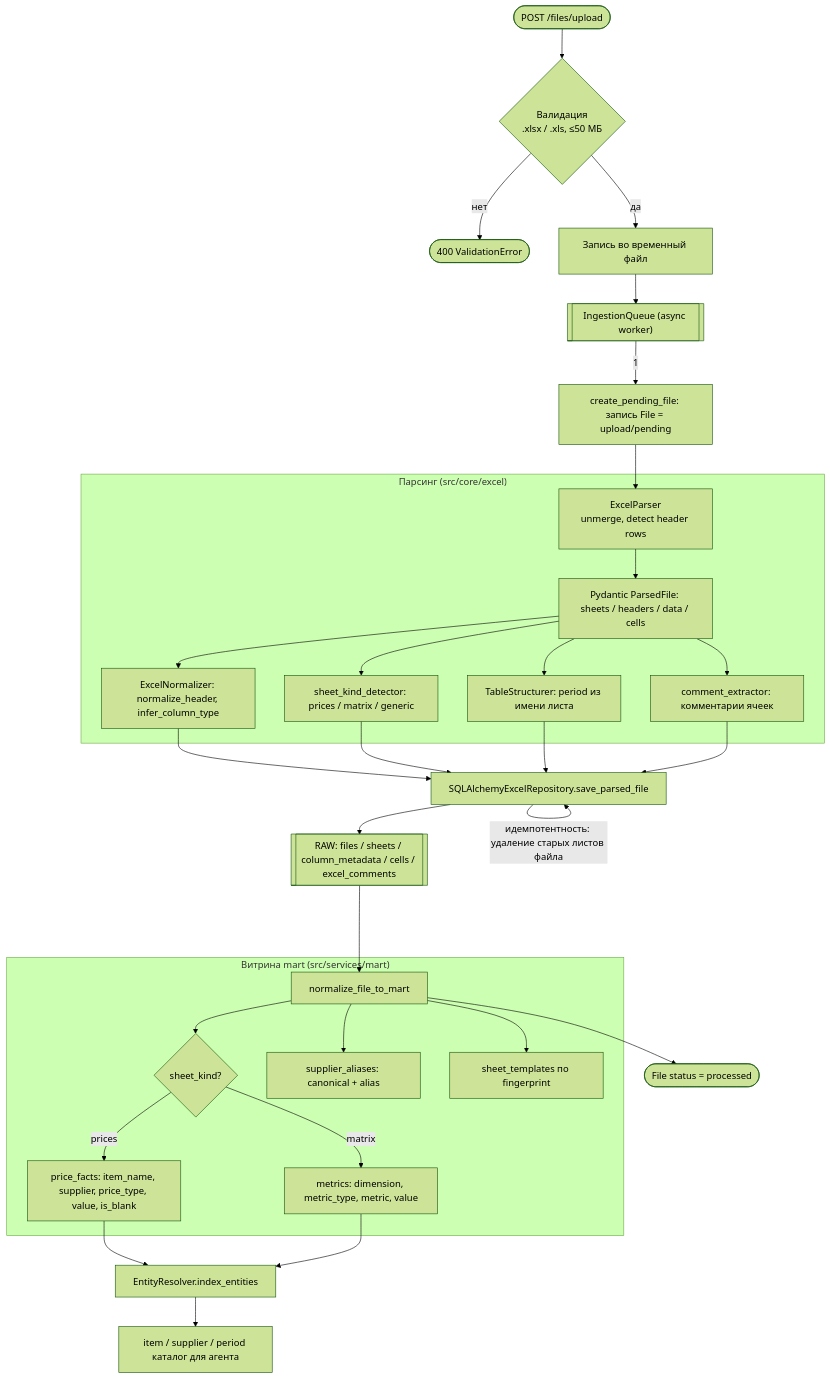
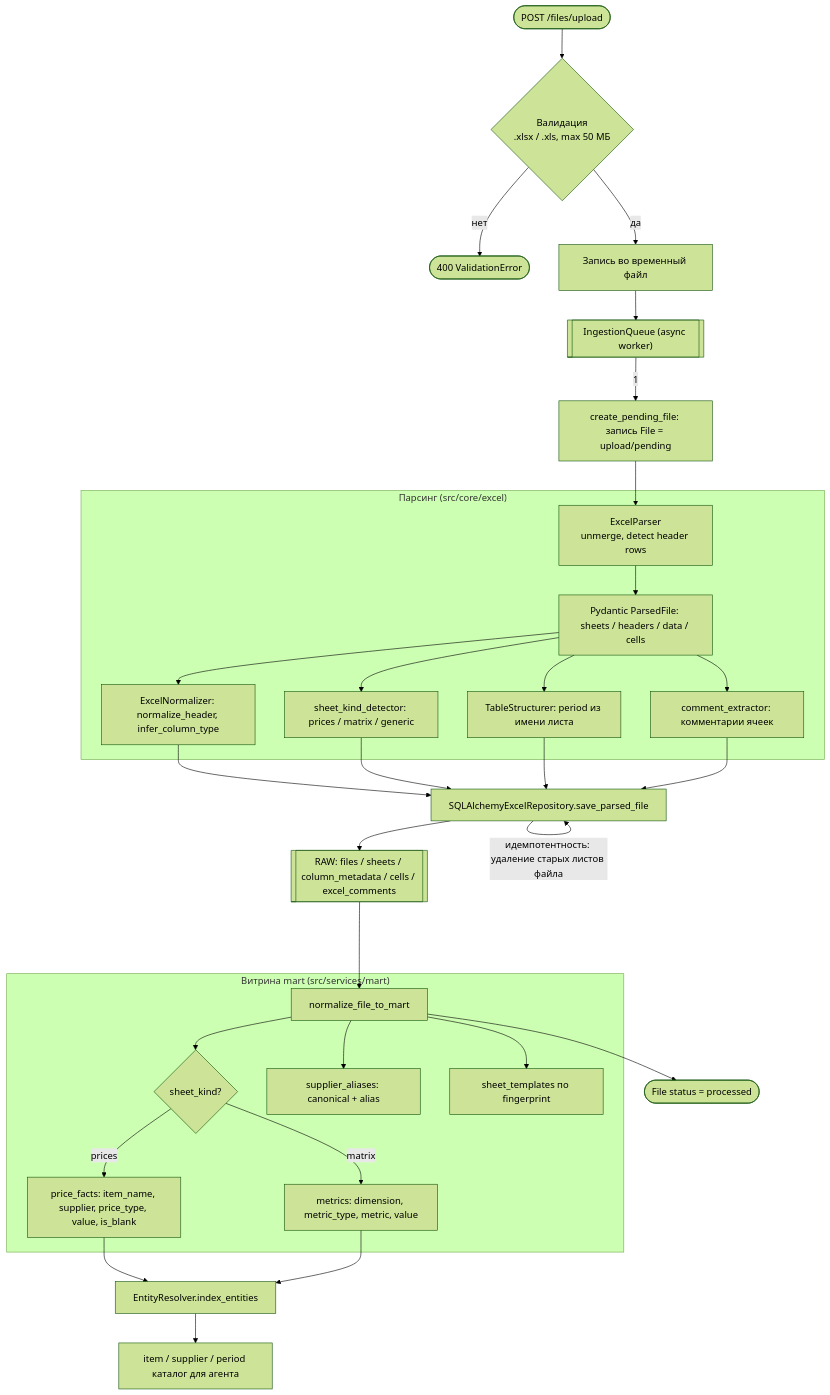
One commit to kostIT13/EVRAZ_ExcelAgent changed the diagram in diagrams/excel_ingestion.md. Above: the diagram before and after it, drawn with Mermaid (forest theme). The commit also changed 11 other files, not shown here.

Commit message:
fix diagrams

````diff
--- a/diagrams/excel_ingestion.md
+++ b/diagrams/excel_ingestion.md
@@ -7,42 +7,42 @@
 ```mermaid
 flowchart TD
-    START(["POST /files/upload"]) --> A{Валидация<br/>.xlsx / .xls, ≤50 МБ}
-    A -- нет --> ERR(["400 ValidationError"])
-    A -- да --> TMP[Запись во временный файл]
+    START(["POST /files/upload"]) --> A{"Валидация<br/>.xlsx / .xls, max 50 МБ"}
+    A -- "нет" --> ERR(["400 ValidationError"])
+    A -- "да" --> TMP["Запись во временный файл"]
 
     TMP --> Q[["IngestionQueue (async worker)"]]
-    Q -->|1| PENDING[create_pending_file: запись File = upload/pending]
+    Q -->|"1"| PENDING["create_pending_file: запись File = upload/pending"]
     PENDING --> PARSER
 
     subgraph Parse ["Парсинг (src/core/excel)"]
-        PARSER[ExcelParser<br/>unmerge, detect header rows] --> SHEETS[Pydantic ParsedFile: sheets / headers / data / cells]
-        SHEETS --> NORM[ExcelNormalizer: normalize_header, infer_column_type]
-        SHEETS --> KIND[sheet_kind_detector: prices / matrix / generic]
-        SHEETS --> STRUC[TableStructurer: period из имени листа]
-        SHEETS --> COMM[comment_extractor: комментарии ячеек]
+        PARSER["ExcelParser<br/>unmerge, detect header rows"] --> SHEETS["Pydantic ParsedFile: sheets / headers / data / cells"]
+        SHEETS --> NORM["ExcelNormalizer: normalize_header, infer_column_type"]
+        SHEETS --> KIND["sheet_kind_detector: prices / matrix / generic"]
+        SHEETS --> STRUC["TableStructurer: period из имени листа"]
+        SHEETS --> COMM["comment_extractor: комментарии ячеек"]
     end
 
-    NORM --> REPO[SQLAlchemyExcelRepository.save_parsed_file]
+    NORM --> REPO["SQLAlchemyExcelRepository.save_parsed_file"]
     KIND --> REPO
     STRUC --> REPO
     COMM --> REPO
 
     REPO --> RAW[["RAW: files / sheets / column_metadata / cells / excel_comments"]]
-    REPO -->|идемпотентность: удаление старых листов файла| REPO
+    REPO -->|"идемпотентность: удаление старых листов файла"| REPO
 
-    RAW --> MART[normalize_file_to_mart]
+    RAW --> MART["normalize_file_to_mart"]
 
     subgraph Mart ["Витрина mart (src/services/mart)"]
-        MART --> P1{sheet_kind?}
-        P1 -- prices --> FACTS[price_facts: item_name, supplier, price_type, value, is_blank]
-        P1 -- matrix --> METRICS[metrics: dimension, metric_type, metric, value]
-        MART --> ALIAS[supplier_aliases: canonical + alias]
-        MART --> TPL[sheet_templates по fingerprint]
+        MART --> P1{"sheet_kind?"}
+        P1 -- "prices" --> FACTS["price_facts: item_name, supplier, price_type, value, is_blank"]
+        P1 -- "matrix" --> METRICS["metrics: dimension, metric_type, metric, value"]
+        MART --> ALIAS["supplier_aliases: canonical + alias"]
+        MART --> TPL["sheet_templates по fingerprint"]
     end
 
-    FACTS --> ENT[EntityResolver.index_entities]
+    FACTS --> ENT["EntityResolver.index_entities"]
     METRICS --> ENT
-    ENT --> USAGE[item / supplier / period каталог для агента]
+    ENT --> USAGE["item / supplier / period каталог для агента"]
 
     MART --> DONE(["File status = processed"])
 ```
````
